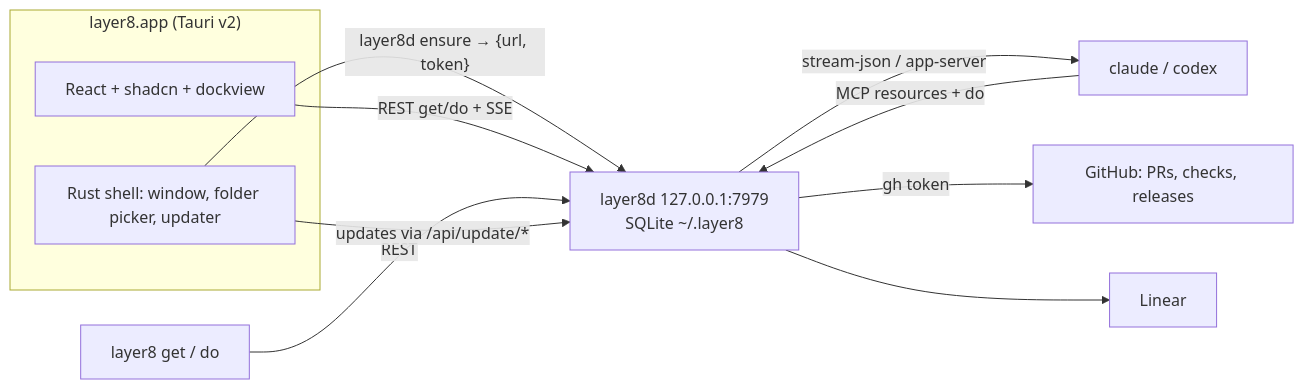
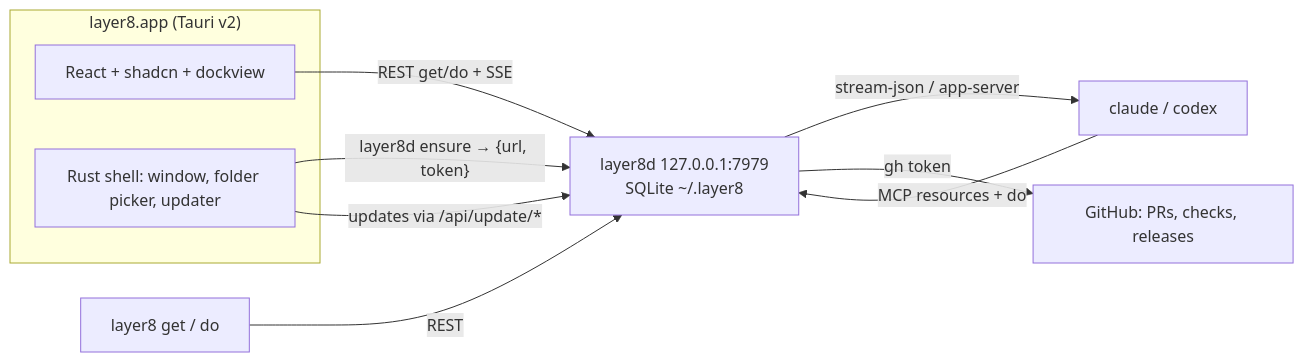
The diagram in README.md (crashPopeye/layer8), drawn with Mermaid before and after one commit. The commit also changed other lines of this file and 29 other files, not shown here.

````diff
--- a/README.md
+++ b/README.md
@@ -13,16 +13,15 @@
 ```mermaid
 flowchart LR
   subgraph App["layer8.app (Tauri v2)"]
     WV["React + shadcn + dockview"]
     RS["Rust shell: window, folder picker, updater"]
   end
   D["layer8d 127.0.0.1:7979<br/>SQLite ~/.layer8"]
   RS -- "layer8d ensure → {url, token}" --> D
   WV -- "REST get/do + SSE" --> D
   CLI["layer8 get / do"] -- REST --> D
   D -- "stream-json / app-server" --> CL["claude / codex"]
   CL -- "MCP resources + do" --> D
   D -- "gh token" --> GH["GitHub: PRs, checks, releases"]
-  D --> LN["Linear"]
   RS -- "updates via /api/update/*" --> D
 ```
````
